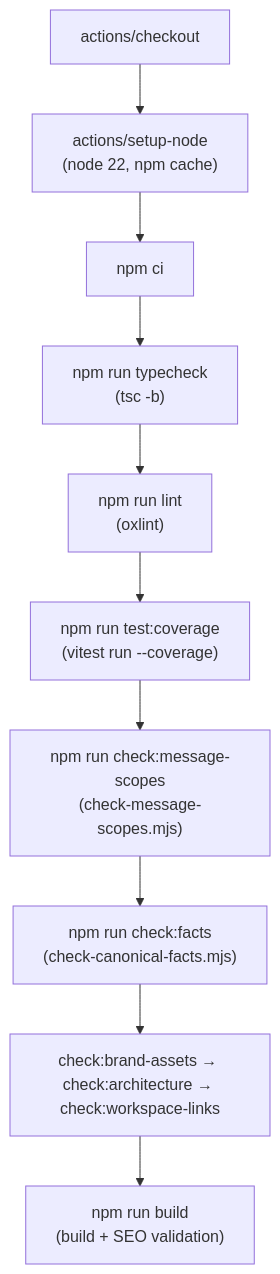
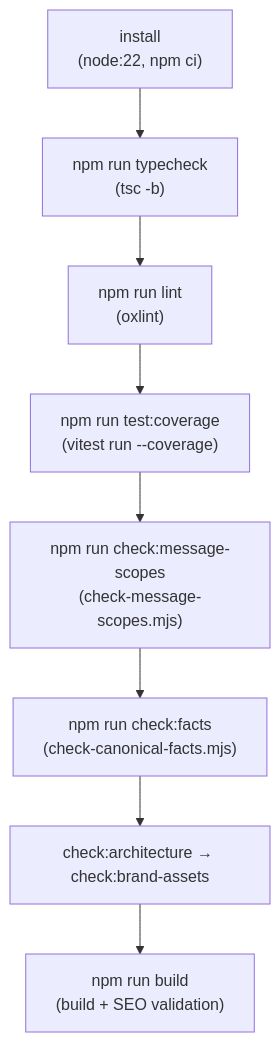
The second of 6 diagrams in docs/wiki/CI-Pipeline-Testing.md (Dutiva-Canada/Dutiva_Web), drawn with Mermaid before and after one commit. The commit also changed other lines of this file and 590 other files, not shown here.

````diff
--- a/docs/wiki/CI-Pipeline-Testing.md
+++ b/docs/wiki/CI-Pipeline-Testing.md
@@ -74,12 +84,10 @@
 ```mermaid
 flowchart TD
-    A["actions/checkout"] --> B["actions/setup-node\n(node 22, npm cache)"]
-    B --> C["npm ci"]
-    C --> D["npm run typecheck\n(tsc -b)"]
+    A["install\n(node:22, npm ci)"] --> D["npm run typecheck\n(tsc -b)"]
     D --> E["npm run lint\n(oxlint)"]
     E --> F["npm run test:coverage\n(vitest run --coverage)"]
     F --> G["npm run check:message-scopes\n(check-message-scopes.mjs)"]
     G --> H["npm run check:facts\n(check-canonical-facts.mjs)"]
-    H --> H2["check:brand-assets → check:architecture → check:workspace-links"]
+    H --> H2["check:architecture → check:brand-assets"]
     H2 --> I["npm run build\n(build + SEO validation)"]
 ```
````
